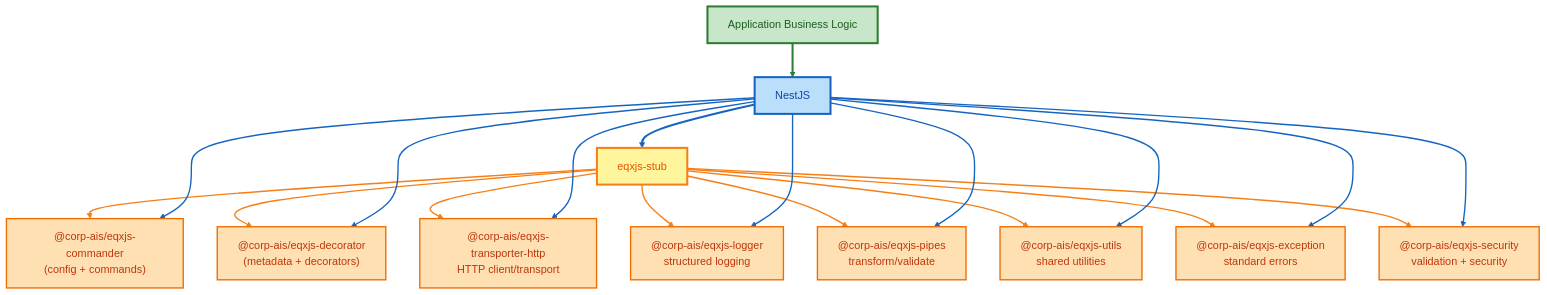
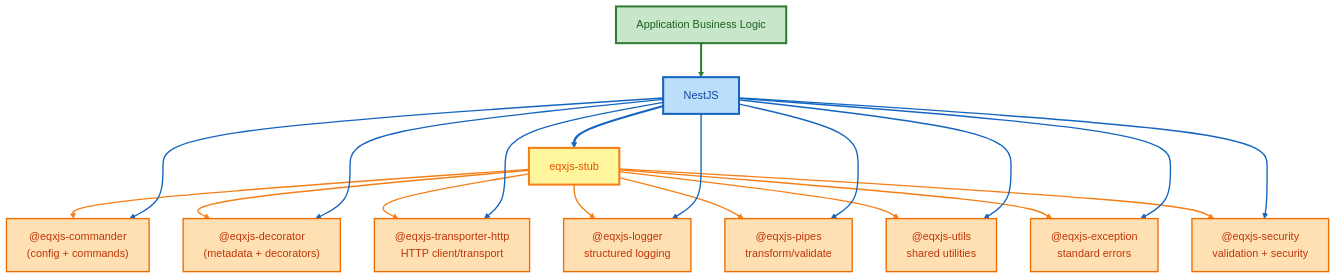
Before and after one commit to aretit2533/cronus-course-document: the second of 2 diagrams in TECHNOLOGY_STACK.md, drawn with Mermaid (neutral theme). The commit also changed other lines of this file and 17 other files, not shown here.

First line of the commit message:
Refactor EQXJS Framework references from `@corp-ais` to `@eqxjs` across documentation and codebase

````diff
--- a/TECHNOLOGY_STACK.md
+++ b/TECHNOLOGY_STACK.md
@@ -104,39 +110,39 @@
 ```mermaid
 graph TD
     A[Application Business Logic] --> C[NestJS]
     C --> Stub[eqxjs-stub]
-    Stub --> Commander["@corp-ais/eqxjs-commander<br/>(config + commands)"]
-    Stub --> Decorator["@corp-ais/eqxjs-decorator<br/>(metadata + decorators)"]
-    Stub --> Http["@corp-ais/eqxjs-transporter-http<br/>HTTP client/transport"]
-    Stub --> Logger["@corp-ais/eqxjs-logger<br/>structured logging"]
-    Stub --> Pipes["@corp-ais/eqxjs-pipes<br/>transform/validate"]
-    Stub --> Utils["@corp-ais/eqxjs-utils<br/>shared utilities"]
-    Stub --> Exception["@corp-ais/eqxjs-exception<br/>standard errors"]
-    Stub --> Security["@corp-ais/eqxjs-security<br/>validation + security"]
+    Stub --> Commander["@eqxjs-commander<br/>(config + commands)"]
+    Stub --> Decorator["@eqxjs-decorator<br/>(metadata + decorators)"]
+    Stub --> Http["@eqxjs-transporter-http<br/>HTTP client/transport"]
+    Stub --> Logger["@eqxjs-logger<br/>structured logging"]
+    Stub --> Pipes["@eqxjs-pipes<br/>transform/validate"]
+    Stub --> Utils["@eqxjs-utils<br/>shared utilities"]
+    Stub --> Exception["@eqxjs-exception<br/>standard errors"]
+    Stub --> Security["@eqxjs-security<br/>validation + security"]
     C --> Commander
     C --> Decorator
     C --> Http
     C --> Logger
     C --> Pipes
     C --> Utils
     C --> Exception
     C --> Security
-    
+
     style A fill:#c8e6c9,stroke:#2e7d32,stroke-width:3px,color:#1b5e20
     style C fill:#bbdefb,stroke:#1565c0,stroke-width:3px,color:#0d47a1
     style Stub fill:#fff59d,stroke:#f57f17,stroke-width:3px,color:#e65100
-    
+
     style Commander fill:#ffe0b2,stroke:#ef6c00,stroke-width:2px,color:#bf360c
     style Decorator fill:#ffe0b2,stroke:#ef6c00,stroke-width:2px,color:#bf360c
     style Http fill:#ffe0b2,stroke:#ef6c00,stroke-width:2px,color:#bf360c
     style Logger fill:#ffe0b2,stroke:#ef6c00,stroke-width:2px,color:#bf360c
     style Pipes fill:#ffe0b2,stroke:#ef6c00,stroke-width:2px,color:#bf360c
     style Utils fill:#ffe0b2,stroke:#ef6c00,stroke-width:2px,color:#bf360c
     style Exception fill:#ffe0b2,stroke:#ef6c00,stroke-width:2px,color:#bf360c
     style Security fill:#ffe0b2,stroke:#ef6c00,stroke-width:2px,color:#bf360c
-    
+
     linkStyle 0 stroke:#2e7d32,stroke-width:3px
     linkStyle 1 stroke:#1565c0,stroke-width:3px
     linkStyle 2,3,4,5,6,7,8,9 stroke:#f57f17,stroke-width:2px
     linkStyle 10,11,12,13,14,15,16,17 stroke:#1565c0,stroke-width:2px
 ```
````
